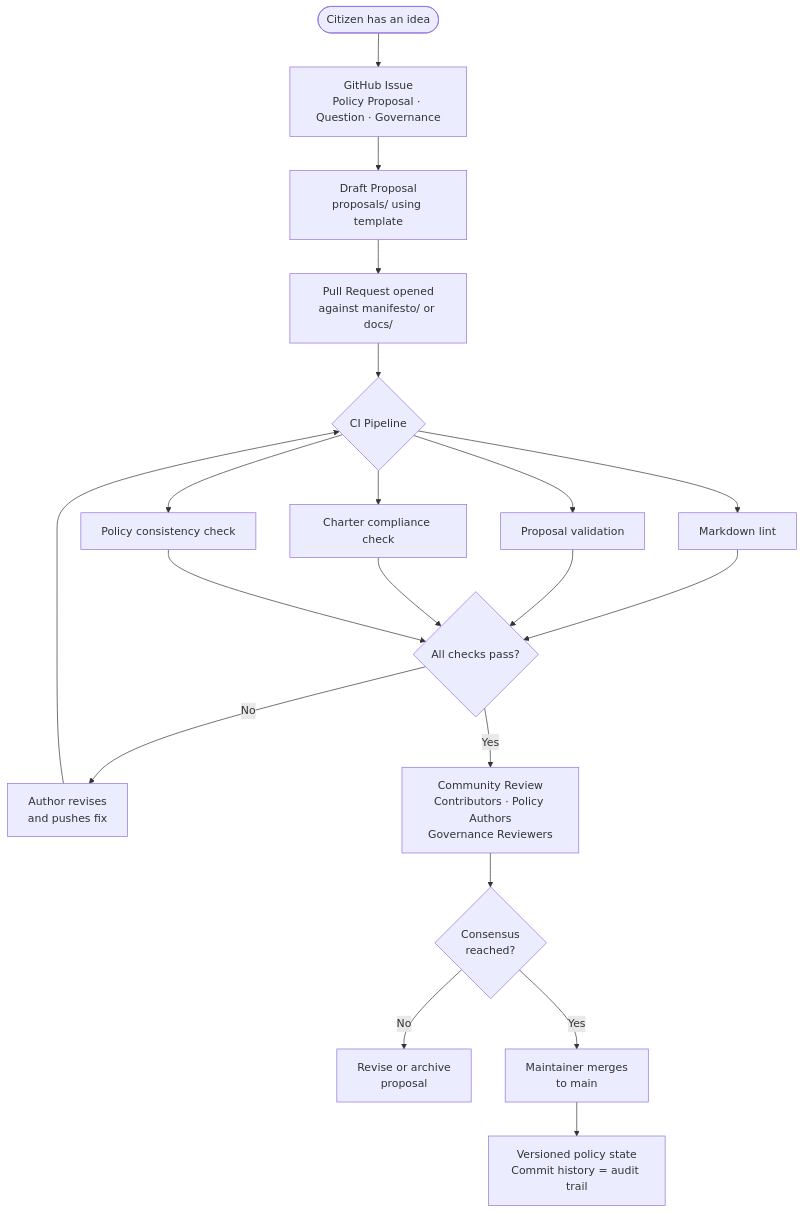
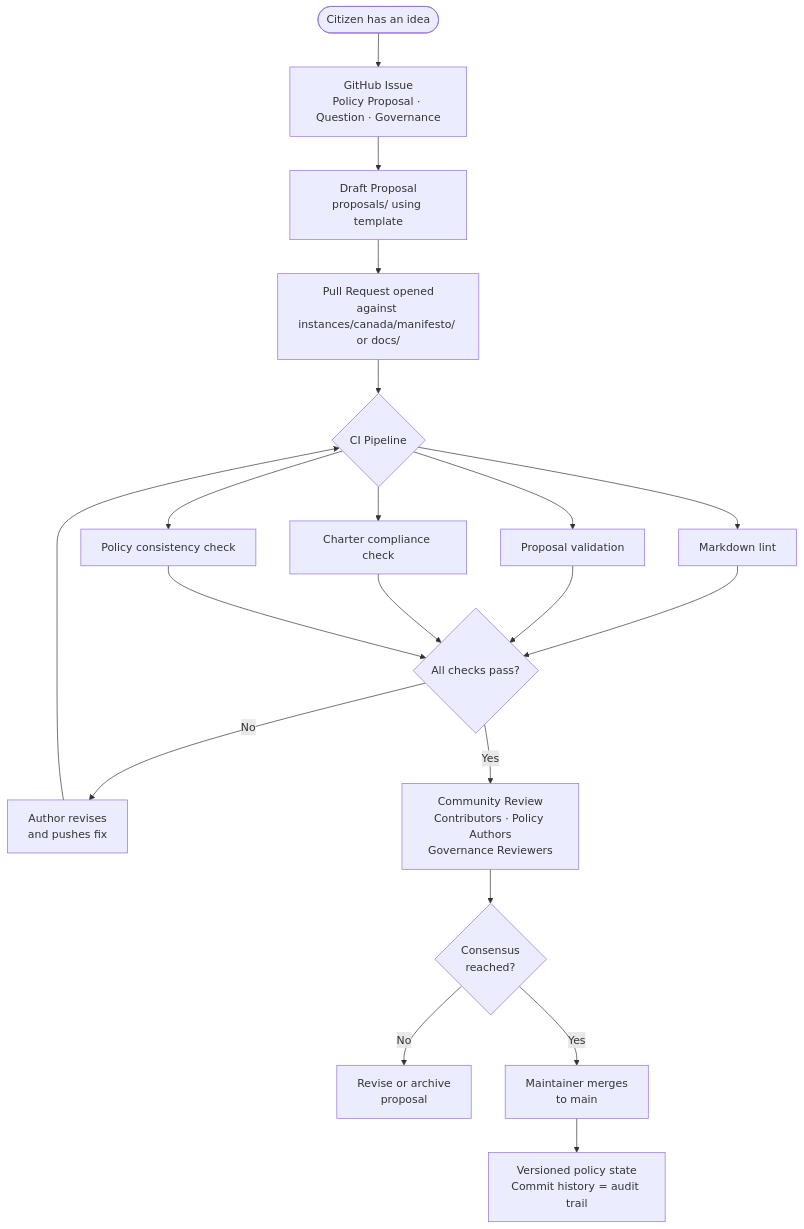
Before and after one commit to pancakesaregood/potato: the first of 5 diagrams in ARCHITECTURE.md, drawn with Mermaid. The commit also changed other lines of this file and 35 other files, not shown here.

````diff
--- a/ARCHITECTURE.md
+++ b/ARCHITECTURE.md
@@ -12,27 +12,27 @@
 ```mermaid
 flowchart TD
     A([Citizen has an idea]) --> B[GitHub Issue\nPolicy Proposal · Question · Governance]
     B --> C[Draft Proposal\nproposals/ using template]
-    C --> D[Pull Request opened\nagainst manifesto/ or docs/]
+    C --> D[Pull Request opened\nagainst instances/canada/manifesto/ or docs/]
 
     D --> E{CI Pipeline}
 
     E --> E1[Markdown lint]
     E --> E2[Proposal validation]
     E --> E3[Charter compliance check]
     E --> E4[Policy consistency check]
 
     E1 & E2 & E3 & E4 --> F{All checks pass?}
 
     F -- No --> G[Author revises\nand pushes fix]
     G --> E
 
     F -- Yes --> H[Community Review\nContributors · Policy Authors\nGovernance Reviewers]
 
     H --> I{Consensus\nreached?}
 
     I -- No --> J[Revise or archive\nproposal]
     I -- Yes --> K[Maintainer merges\nto main]
 
     K --> L[Versioned policy state\nCommit history = audit trail]
 ```
````
